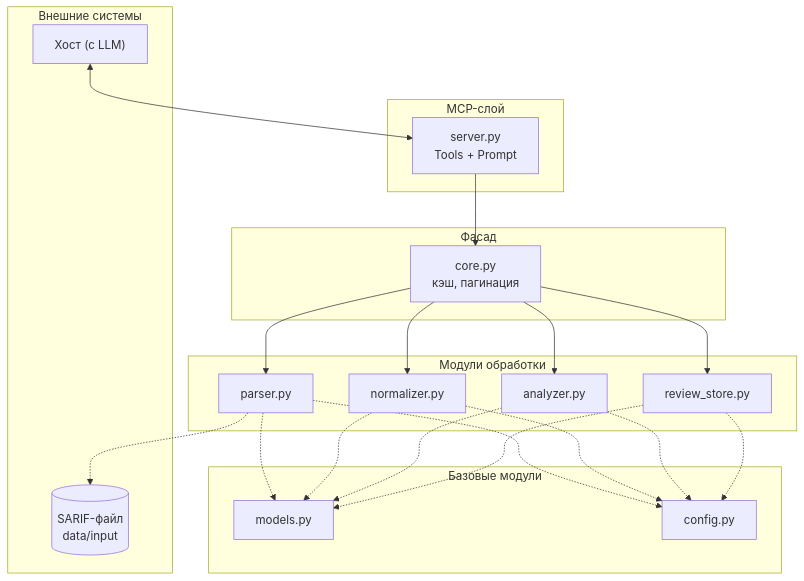
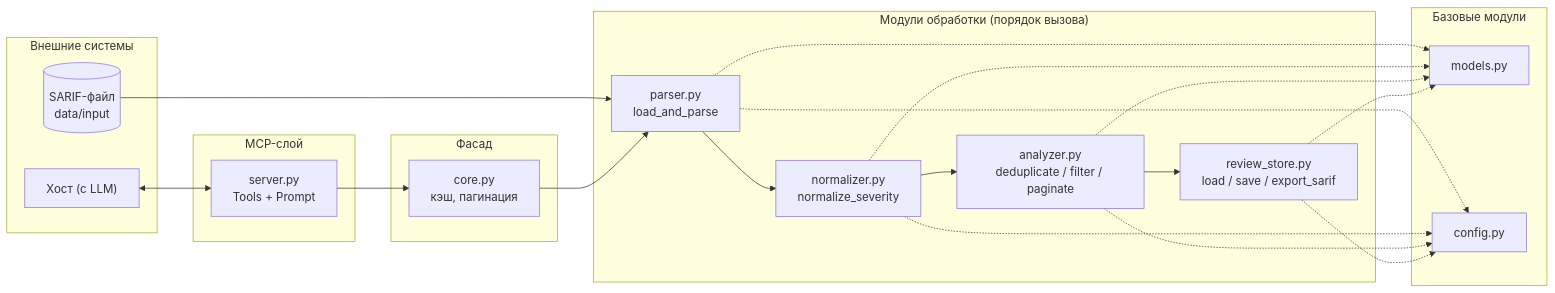
The diagram in docs/architecture.md (Otto-7/mcp), drawn with Mermaid before and after one commit.

Commit message:
Revise architecture diagram for processing modules
Updated the architecture diagram to clarify the processing module order and added descriptions for each processing component.

````diff
--- a/docs/architecture.md
+++ b/docs/architecture.md
@@ -61,38 +61,42 @@
 ```mermaid
-flowchart TD
+flowchart LR
     subgraph External ["Внешние системы"]
         Host["Хост (с LLM)"]
         File[("SARIF-файл<br/>data/input")]
     end
     subgraph MCP ["MCP-слой"]
         S["server.py<br/>Tools + Prompt"]
     end
     subgraph Logic ["Фасад"]
         C["core.py<br/>кэш, пагинация"]
     end
-    subgraph Processing ["Модули обработки"]
-        P["parser.py"]
-        N["normalizer.py"]
-        A["analyzer.py"]
-        RS["review_store.py"]
+    subgraph Processing ["Модули обработки (порядок вызова)"]
+        P["parser.py<br/>load_and_parse"]
+        N["normalizer.py<br/>normalize_severity"]
+        A["analyzer.py<br/>deduplicate / filter / paginate"]
+        RS["review_store.py<br/>load / save / export_sarif"]
     end
     subgraph Base ["Базовые модули"]
         M["models.py"]
         CFG["config.py"]
     end
+
     Host <--> S
-    P -.-> File
+    File --> P
     S --> C
+
     C --> P
-    C --> N
-    C --> A
-    C --> RS
+    P --> N
+    N --> A
+    A --> RS
+
     P -.-> M
     N -.-> M
     A -.-> M
     RS -.-> M
+
     P -.-> CFG
     N -.-> CFG
     A -.-> CFG
     RS -.-> CFG
 ```
````
